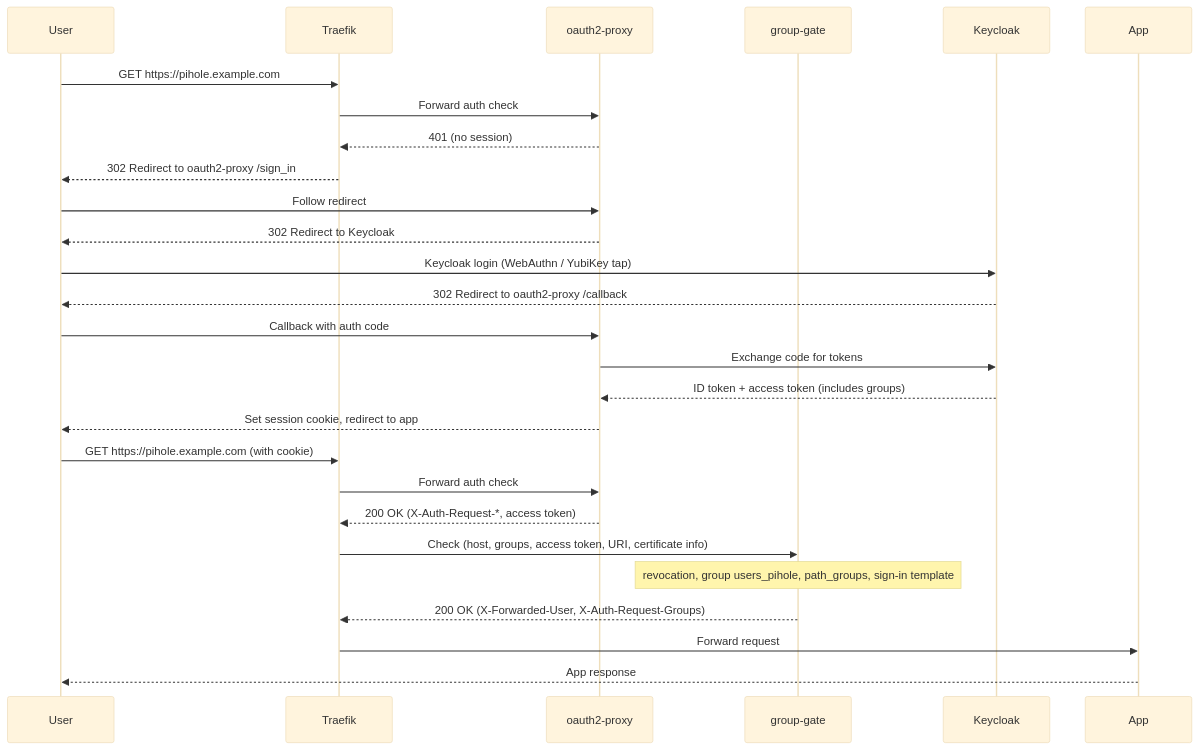
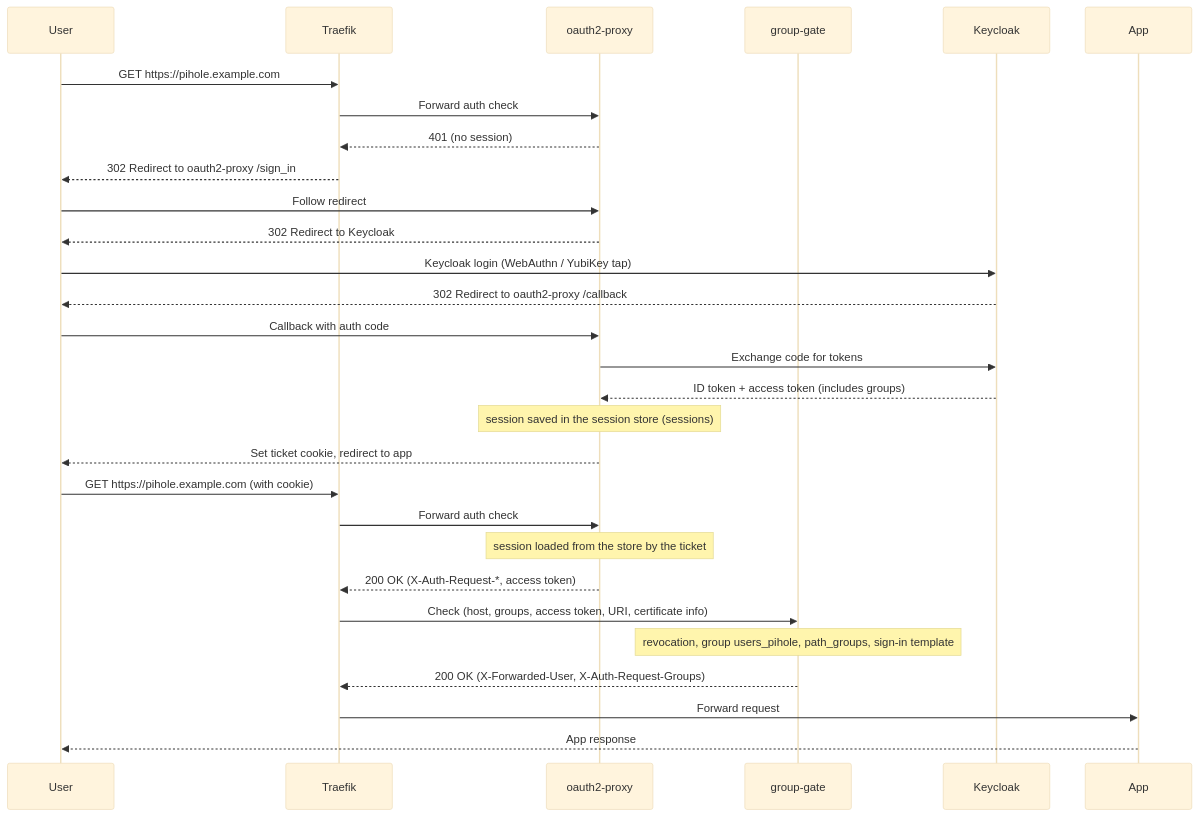
One commit to porelli/portcullis-docs changed the second of 12 diagrams in docs/architecture.md. Above: the diagram before and after it, drawn with Mermaid (base theme). The commit also changed other lines of this file and 4 other files, not shown here.

Commit message:
docs: the forward-auth session store (sessions, Valkey): hardening table, network, ACL, secrets; architecture; cli init/up/upgrade; testing; contract §5 forward-auth sessions

````diff
--- a/docs/architecture.md
+++ b/docs/architecture.md
@@ -128,30 +129,32 @@
 ```mermaid
 sequenceDiagram
     participant U as User
     participant T as Traefik
     participant O as oauth2-proxy
     participant G as group-gate
     participant K as Keycloak
     participant A as App
 
     U->>T: GET https://pihole.example.com
     T->>O: Forward auth check
     O-->>T: 401 (no session)
     T-->>U: 302 Redirect to oauth2-proxy /sign_in
     U->>O: Follow redirect
     O-->>U: 302 Redirect to Keycloak
     U->>K: Keycloak login (WebAuthn / YubiKey tap)
     K-->>U: 302 Redirect to oauth2-proxy /callback
     U->>O: Callback with auth code
     O->>K: Exchange code for tokens
     K-->>O: ID token + access token (includes groups)
-    O-->>U: Set session cookie, redirect to app
+    Note over O: session saved in the session store (sessions)
+    O-->>U: Set ticket cookie, redirect to app
     U->>T: GET https://pihole.example.com (with cookie)
     T->>O: Forward auth check
+    Note over O: session loaded from the store by the ticket
     O-->>T: 200 OK (X-Auth-Request-*, access token)
     T->>G: Check (host, groups, access token, URI, certificate info)
     Note over G: revocation, group users_pihole, path_groups, sign-in template
     G-->>T: 200 OK (X-Forwarded-User, X-Auth-Request-Groups)
     T->>A: Forward request
     A-->>U: App response
 ```
````
